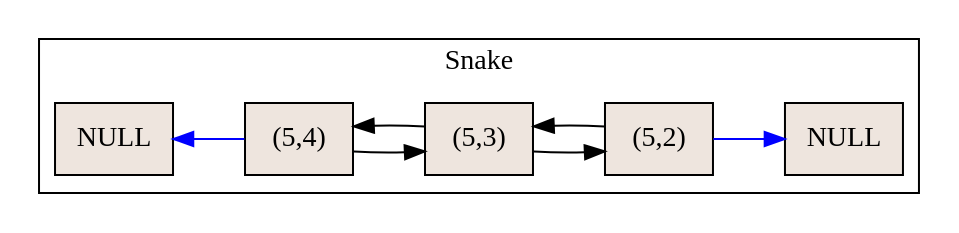
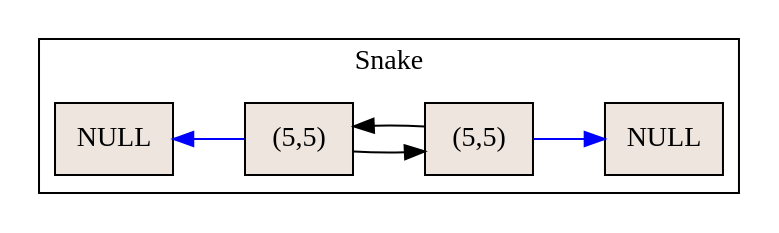
One commit to Eduardo01004/-EDD-_1S2019_P1_201612124 changed the diagram in ListaDobleSnake.dot. Above: the diagram before and after it, drawn with Graphviz. The commit also changed 18 other files, not shown here.

```diff
--- a/ListaDobleSnake.dot
+++ b/ListaDobleSnake.dot
@@ -1,17 +1,14 @@
 digraph G {rankdir = "LR"; 
  subgraph cluster3{
 label="Snake";
-1185019844[shape=record, style=filled, fillcolor=seashell2,label="NULL"];
-3870543[shape=record, style=filled, fillcolor=seashell2,label="(5,4)"];
-1185019844->3870543[dir=back color="blue"]
-3870543[shape=record, style=filled, fillcolor=seashell2,label="(5,4)"];
-3870543->3870545
-3870545->3870543
-3870545[shape=record, style=filled, fillcolor=seashell2,label="(5,3)"];
-3870545->3870547
-3870547->3870545
-3870547[shape=record, style=filled, fillcolor=seashell2,label="(5,2)"];
+h[shape=record, style=filled, fillcolor=seashell2,label="NULL"];
+1911717[shape=record, style=filled, fillcolor=seashell2,label="(5,5)"];
+h->1911717[dir=back color="blue"]
+1911717[shape=record, style=filled, fillcolor=seashell2,label="(5,5)"];
+1911717->1911731
+1911731->1911717
+1911731[shape=record, style=filled, fillcolor=seashell2,label="(5,5)"];
 null[shape=record, style=filled, fillcolor=seashell2,label="NULL"];
-3870547->null[ color="blue"]
+1911731->null[ color="blue"]
 }
 }
```
